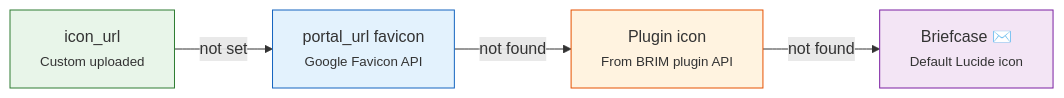
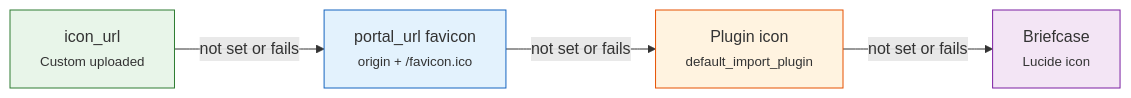
The diagram in mkdocs_src/docs/developer/frontend/components/features/brokers/forms.md (Librefolio/LibreFolio), drawn with Mermaid before and after one commit. The commit also changed other lines of this file and 49 other files, not shown here.

````diff
--- a/mkdocs_src/docs/developer/frontend/components/features/brokers/forms.md
+++ b/mkdocs_src/docs/developer/frontend/components/features/brokers/forms.md
@@ -38,11 +80,11 @@
 ```mermaid
 graph LR
-    A["icon_url<br/><small>Custom uploaded</small>"] -->|not set| B["portal_url favicon<br/><small>Google Favicon API</small>"]
-    B -->|not found| C["Plugin icon<br/><small>From BRIM plugin API</small>"]
-    C -->|not found| D["Briefcase ✉️<br/><small>Default Lucide icon</small>"]
+    A["icon_url<br/><small>Custom uploaded</small>"] -->|not set or fails| B["portal_url favicon<br/><small>origin + /favicon.ico</small>"]
+    B -->|not set or fails| C["Plugin icon<br/><small>default_import_plugin</small>"]
+    C -->|not set or fails| D["Briefcase<br/><small>Lucide icon</small>"]
 
     style A fill:#e8f5e9,stroke:#2e7d32
     style B fill:#e3f2fd,stroke:#1565c0
     style C fill:#fff3e0,stroke:#e65100
     style D fill:#f3e5f5,stroke:#7b1fa2
 ```
````
